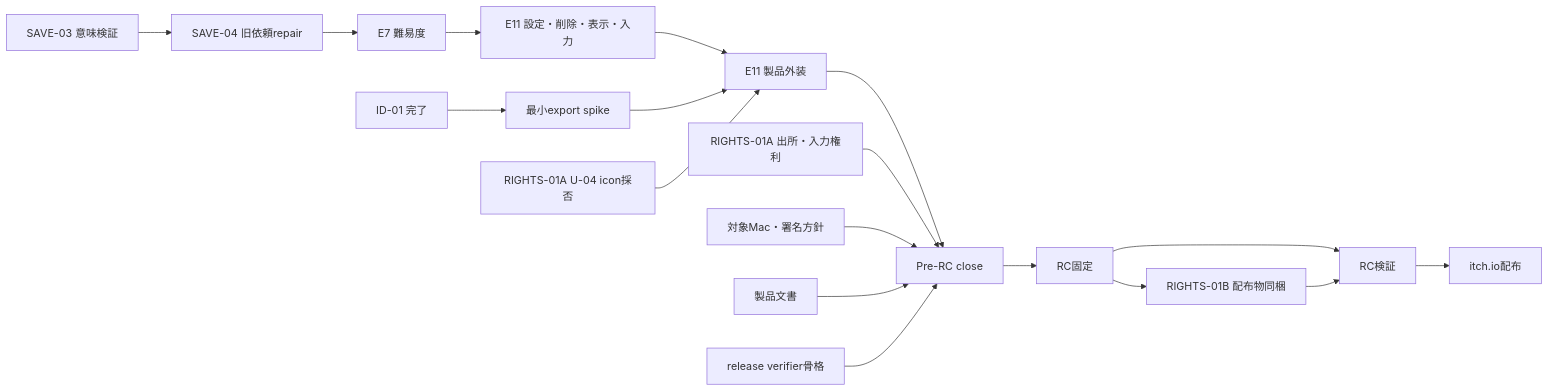
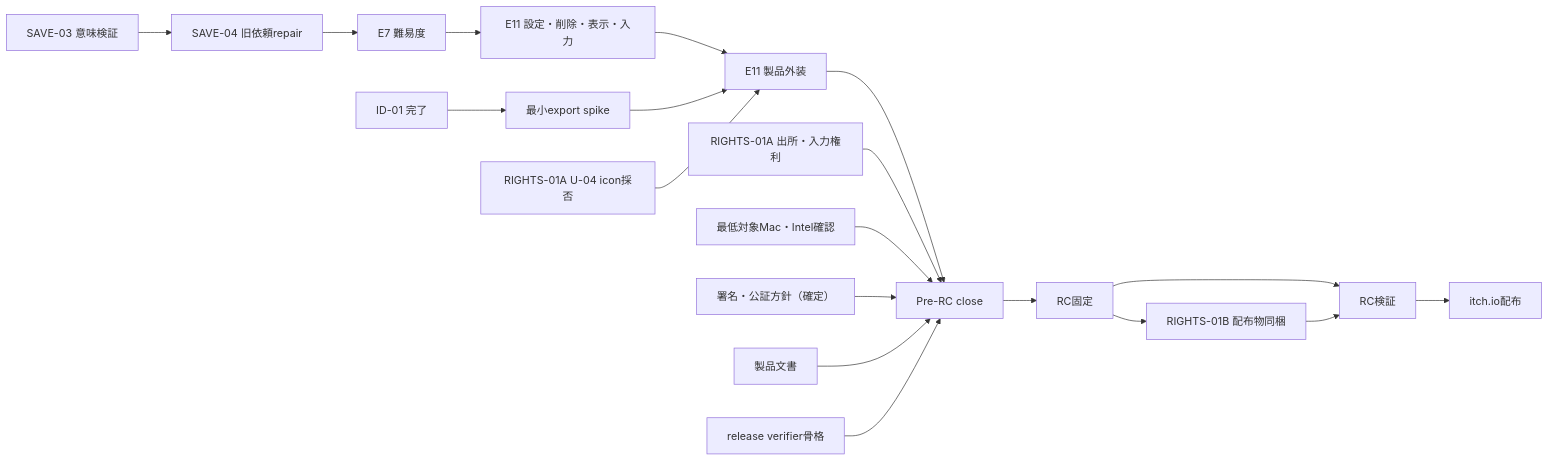
One commit to RYUKOU-OKUMURA/tsuri_quest_umi_mvp changed the diagram in docs/30_v2_expansion_overview.md. Above: the diagram before and after it, drawn with Mermaid. The commit also changed other lines of this file and 2 other files, not shown here.

```diff
--- a/docs/30_v2_expansion_overview.md
+++ b/docs/30_v2_expansion_overview.md
@@ -283,21 +283,22 @@
 ~~~mermaid
 flowchart LR
   S3["SAVE-03 意味検証"] --> S4["SAVE-04 旧依頼repair"]
   S4 --> E7["E7 難易度"]
   E7 --> E11A["E11 設定・削除・表示・入力"]
   E11A --> E11B["E11 製品外装"]
   E11B --> PRE["Pre-RC close"]
   PRE --> RCF["RC固定"]
   RCF --> RCV["RC検証"]
   RCV --> DIST["itch.io配布"]
 
   ID["ID-01 完了"] --> EX["最小export spike"]
   EX --> E11B
   ICON["RIGHTS-01A U-04 icon採否"] --> E11B
   RIGHTSA["RIGHTS-01A 出所・入力権利"] --> PRE
   RCF --> RIGHTSB["RIGHTS-01B 配布物同梱"]
   RIGHTSB --> RCV
-  TARGET["対象Mac・署名方針"] --> PRE
+  TARGET["最低対象Mac・Intel確認"] --> PRE
+  SIGN["署名・公証方針（確定）"] --> PRE
   DOCS["製品文書"] --> PRE
   VERIFY["release verifier骨格"] --> PRE
 ~~~
```
